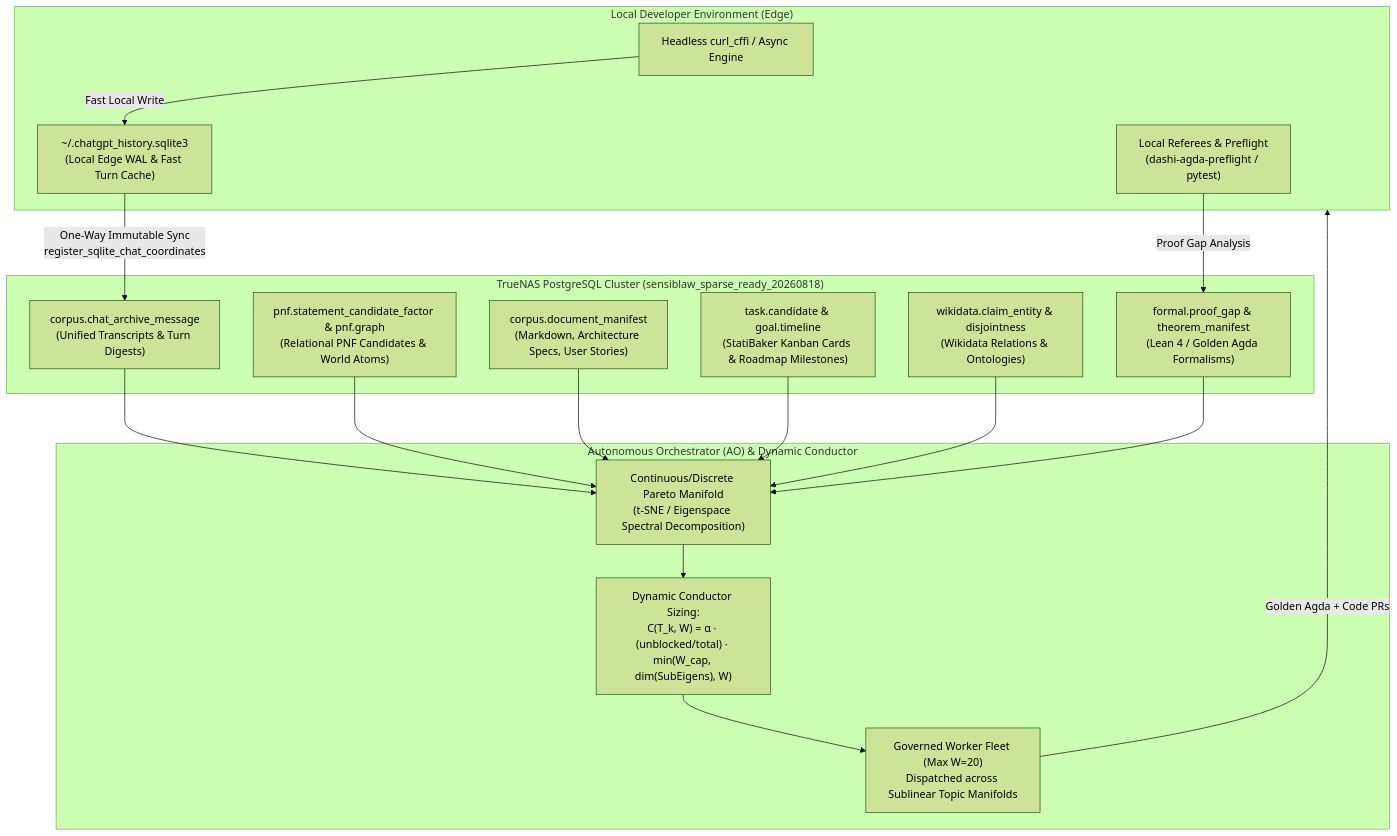
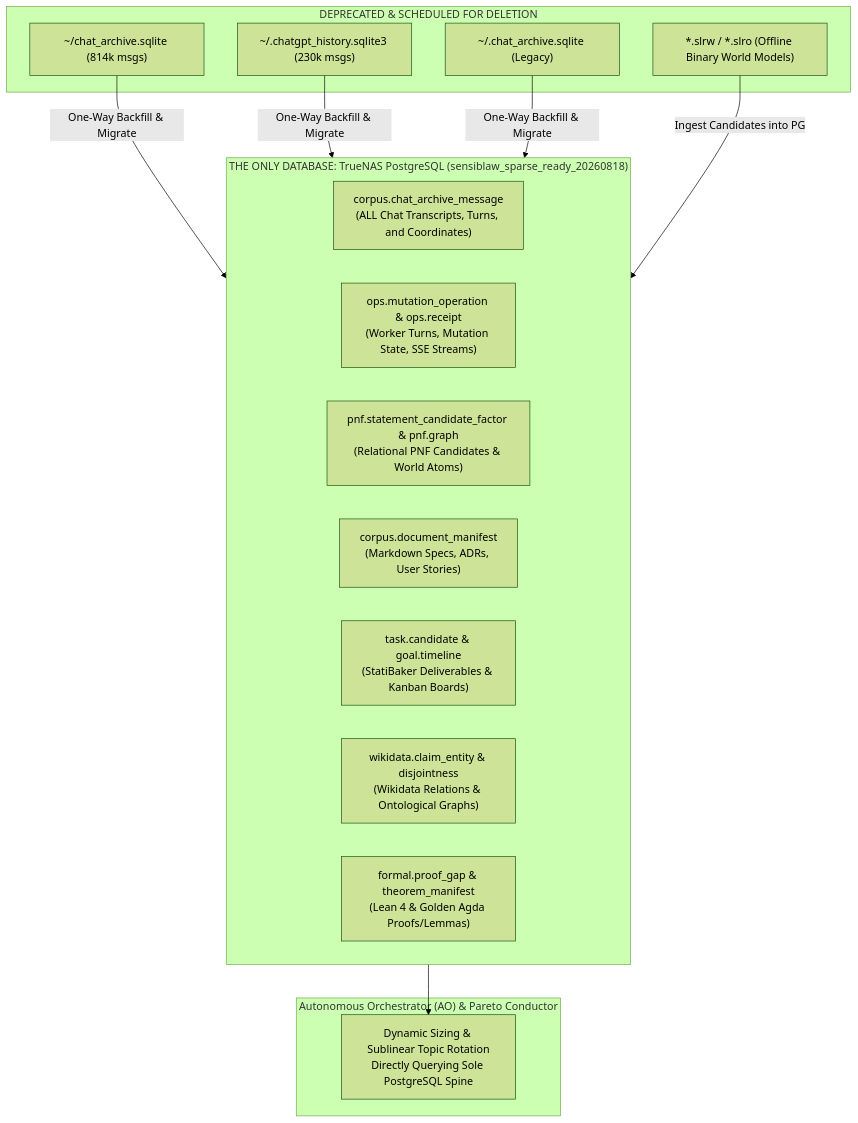
The diagram in docs/architecture/SINGLE_CANONICAL_STORE_AND_PG_SPINE_ROADMAP.md (chboishabba/ITIR-suite), drawn with Mermaid (forest theme) before and after one commit. The commit also changed other lines of this file and 4 other files, not shown here.

Commit message:
feat(arch): enforce sole PostgreSQL store mandate, deprecate SQLite/SLRW, and add @snowball preset

````diff
--- a/docs/architecture/SINGLE_CANONICAL_STORE_AND_PG_SPINE_ROADMAP.md
+++ b/docs/architecture/SINGLE_CANONICAL_STORE_AND_PG_SPINE_ROADMAP.md
@@ -19,38 +19,30 @@
 ```mermaid
 flowchart TD
-    subgraph Edge ["Local Developer Environment (Edge)"]
-        CFFI["Headless curl_cffi / Async Engine"]
-        SQLite["~/.chatgpt_history.sqlite3<br/>(Local Edge WAL & Fast Turn Cache)"]
-        LocalCLI["Local Referees & Preflight<br/>(dashi-agda-preflight / pytest)"]
+    subgraph Deprecated ["DEPRECATED & SCHEDULED FOR DELETION"]
+        D1["~/chat_archive.sqlite (814k msgs)"]
+        D2["~/.chatgpt_history.sqlite3 (230k msgs)"]
+        D3["~/.chat_archive.sqlite (Legacy)"]
+        D4["*.slrw / *.slro (Offline Binary World Models)"]
     end
 
-    subgraph Spine ["TrueNAS PostgreSQL Cluster (sensiblaw_sparse_ready_20260818)"]
-        PG_Chat["corpus.chat_archive_message<br/>(Unified Transcripts & Turn Digests)"]
+    subgraph SoleStore ["THE ONLY DATABASE: TrueNAS PostgreSQL (sensiblaw_sparse_ready_20260818)"]
+        PG_Chat["corpus.chat_archive_message<br/>(ALL Chat Transcripts, Turns, and Coordinates)"]
+        PG_Ops["ops.mutation_operation & ops.receipt<br/>(Worker Turns, Mutation State, SSE Streams)"]
         PG_PNF["pnf.statement_candidate_factor & pnf.graph<br/>(Relational PNF Candidates & World Atoms)"]
-        PG_Docs["corpus.document_manifest<br/>(Markdown, Architecture Specs, User Stories)"]
-        PG_Stati["task.candidate & goal.timeline<br/>(StatiBaker Kanban Cards & Roadmap Milestones)"]
-        PG_Wiki["wikidata.claim_entity & disjointness<br/>(Wikidata Relations & Ontologies)"]
-        PG_Formal["formal.proof_gap & theorem_manifest<br/>(Lean 4 / Golden Agda Formalisms)"]
+        PG_Docs["corpus.document_manifest<br/>(Markdown Specs, ADRs, User Stories)"]
+        PG_Stati["task.candidate & goal.timeline<br/>(StatiBaker Deliverables & Kanban Boards)"]
+        PG_Wiki["wikidata.claim_entity & disjointness<br/>(Wikidata Relations & Ontological Graphs)"]
+        PG_Formal["formal.proof_gap & theorem_manifest<br/>(Lean 4 & Golden Agda Proofs/Lemmas)"]
     end
 
-    subgraph Orchestration ["Autonomous Orchestrator (AO) & Dynamic Conductor"]
-        Spectral["Continuous/Discrete Pareto Manifold<br/>(t-SNE / Eigenspace Spectral Decomposition)"]
-        CostFunc["Dynamic Conductor Sizing:<br/>C(T_k, W) = α · (unblocked/total) · min(W_cap, dim(SubEigens), W)"]
-        Workers["Governed Worker Fleet (Max W=20)<br/>Dispatched across Sublinear Topic Manifolds"]
+    subgraph AO ["Autonomous Orchestrator (AO) & Pareto Conductor"]
+        Conductor["Dynamic Sizing & Sublinear Topic Rotation<br/>Directly Querying Sole PostgreSQL Spine"]
     end
 
-    CFFI -->|Fast Local Write| SQLite
-    SQLite -->|One-Way Immutable Sync<br/>register_sqlite_chat_coordinates| PG_Chat
-    LocalCLI -->|Proof Gap Analysis| PG_Formal
+    D1 -->|One-Way Backfill & Migrate| SoleStore
+    D2 -->|One-Way Backfill & Migrate| SoleStore
+    D3 -->|One-Way Backfill & Migrate| SoleStore
+    D4 -->|Ingest Candidates into PG| SoleStore
 
-    PG_Chat --> Spectral
-    PG_PNF --> Spectral
-    PG_Docs --> Spectral
-    PG_Stati --> Spectral
-    PG_Wiki --> Spectral
-    PG_Formal --> Spectral
-
-    Spectral --> CostFunc
-    CostFunc --> Workers
-    Workers -->|Golden Agda + Code PRs| Edge
+    SoleStore --> Conductor
 ```
````
